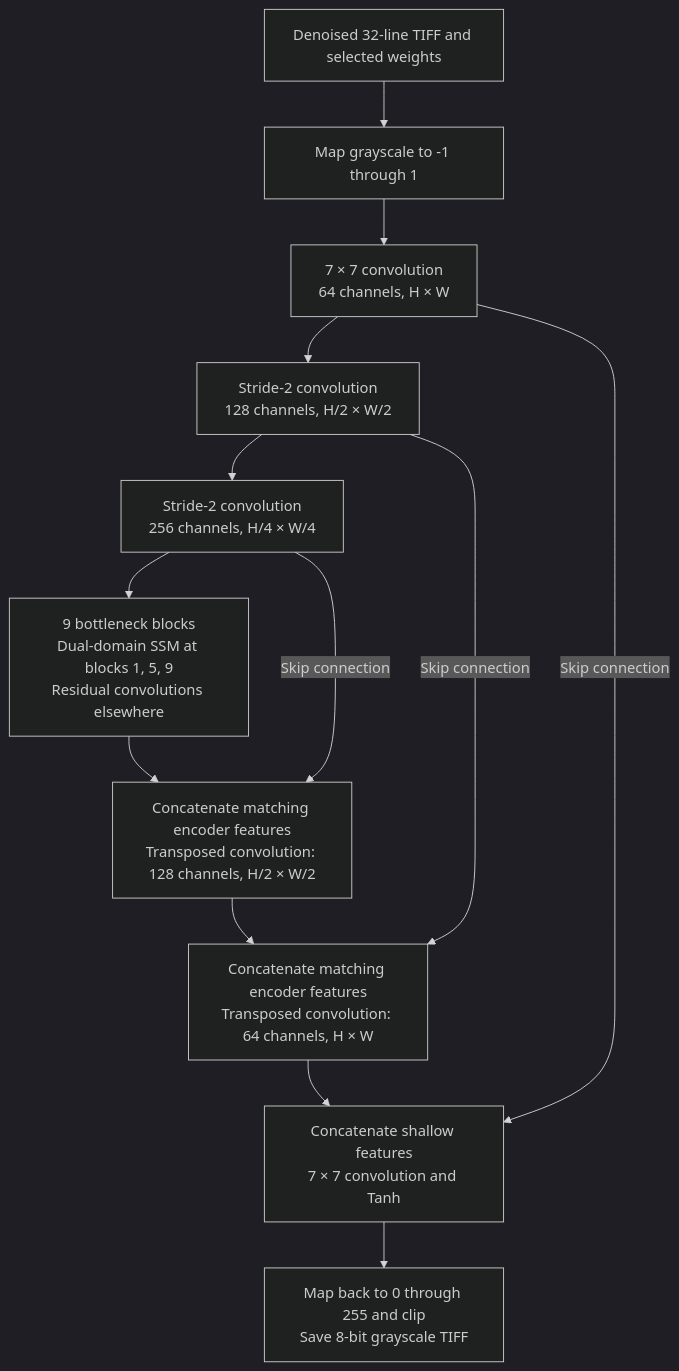
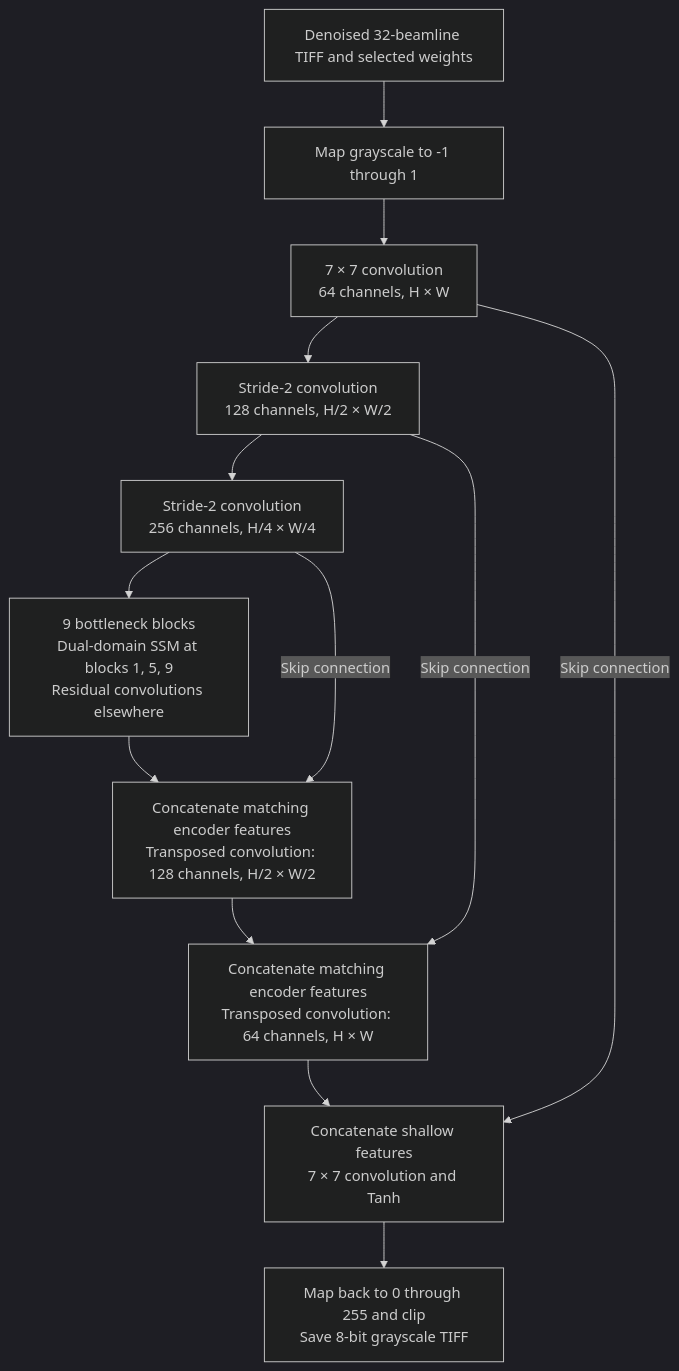
The sixth of 7 diagrams in README.md (LumaVistaLab/hevc-ksvd-mamba-for-ultrasound), drawn with Mermaid (dark theme) before and after one commit. The commit also changed other lines of this file and 2 other files, not shown here.

````diff
--- a/README.md
+++ b/README.md
@@ -538,15 +538,15 @@
 ```mermaid
 flowchart TD
-    Input["Denoised 32-line TIFF and selected weights"] --> Normalize["Map grayscale to -1 through 1"]
+    Input["Denoised 32-beamline TIFF and selected weights"] --> Normalize["Map grayscale to -1 through 1"]
     Normalize --> E1["7 × 7 convolution<br/>64 channels, H × W"]
     E1 --> E2["Stride-2 convolution<br/>128 channels, H/2 × W/2"]
     E2 --> E3["Stride-2 convolution<br/>256 channels, H/4 × W/4"]
     E3 --> Bottleneck["9 bottleneck blocks<br/>Dual-domain SSM at blocks 1, 5, 9<br/>Residual convolutions elsewhere"]
     Bottleneck --> D1["Concatenate matching encoder features<br/>Transposed convolution: 128 channels, H/2 × W/2"]
     E3 -->|Skip connection| D1
     D1 --> D2["Concatenate matching encoder features<br/>Transposed convolution: 64 channels, H × W"]
     E2 -->|Skip connection| D2
     D2 --> Head["Concatenate shallow features<br/>7 × 7 convolution and Tanh"]
     E1 -->|Skip connection| Head
     Head --> Save["Map back to 0 through 255 and clip<br/>Save 8-bit grayscale TIFF"]
 ```
````
